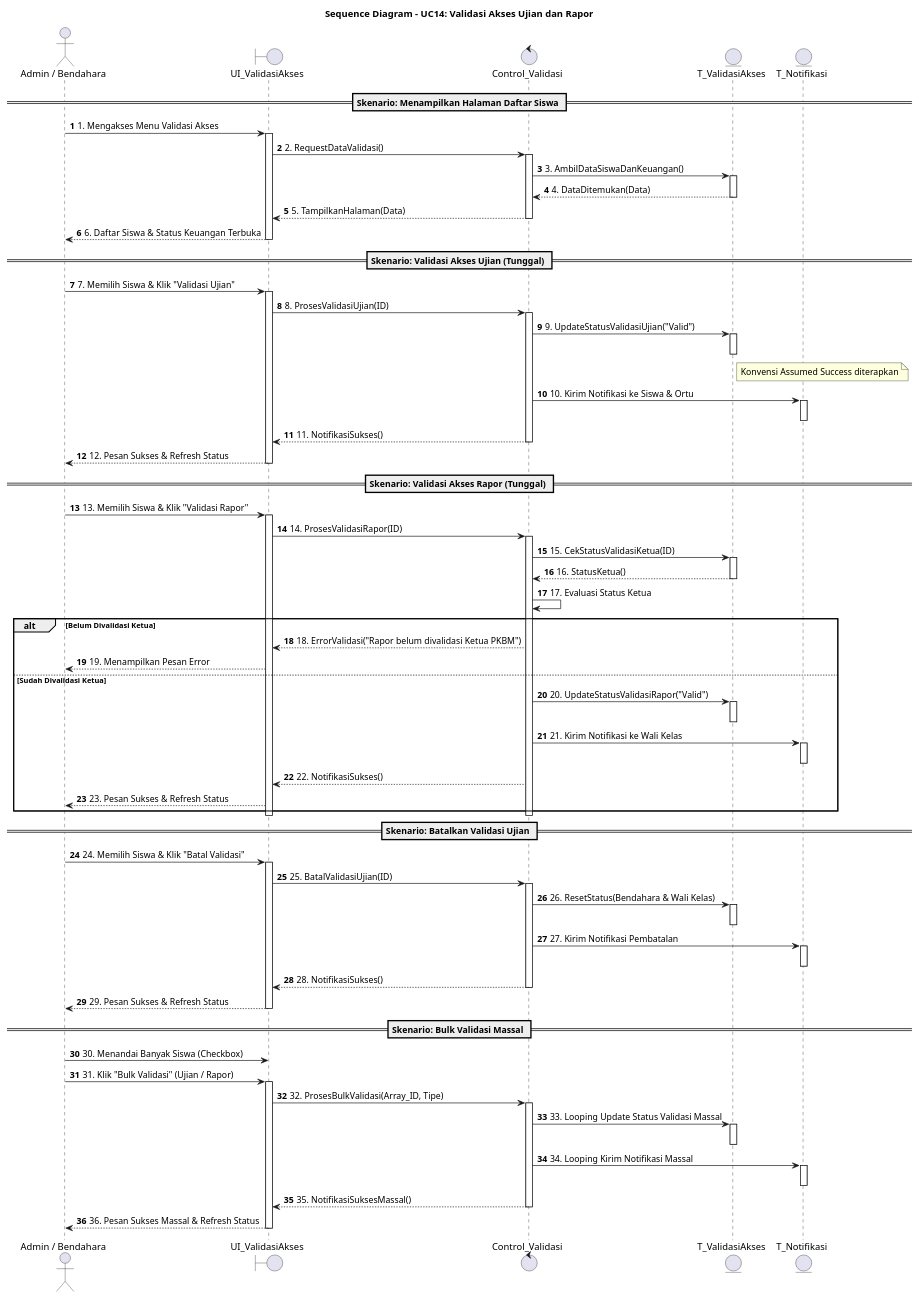
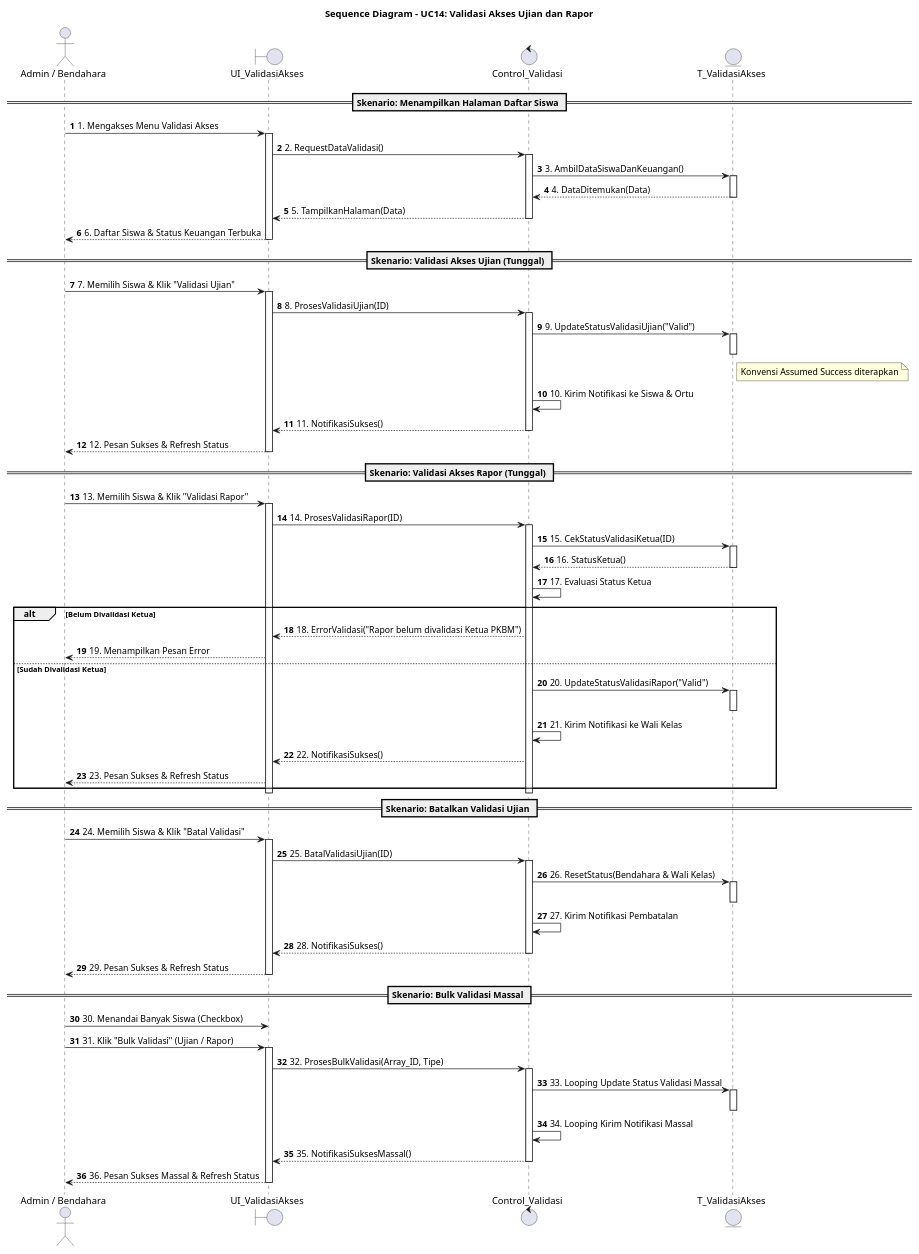
The diagram in docs/flow/sequence-validasi-akses-ujian-rapor.puml (shendelzare7sw/sipaduhok), drawn with PlantUML before and after one commit. The commit also changed 66 other files, not shown here.

```diff
--- a/docs/flow/sequence-validasi-akses-ujian-rapor.puml
+++ b/docs/flow/sequence-validasi-akses-ujian-rapor.puml
@@ -1,119 +1,110 @@
 @startuml
 title Sequence Diagram - UC14: Validasi Akses Ujian dan Rapor
 autonumber
 
 actor "Admin / Bendahara" as Admin
 boundary "UI_ValidasiAkses" as UI
 control "Control_Validasi" as Control
 entity "T_ValidasiAkses" as Entity
-entity "T_Notifikasi" as E_Notif
 
 == Skenario: Menampilkan Halaman Daftar Siswa ==
 
 Admin -> UI : 1. Mengakses Menu Validasi Akses
 activate UI
 UI -> Control : 2. RequestDataValidasi()
 activate Control
 Control -> Entity : 3. AmbilDataSiswaDanKeuangan()
 activate Entity
 Entity --> Control : 4. DataDitemukan(Data)
 deactivate Entity
 Control --> UI : 5. TampilkanHalaman(Data)
 deactivate Control
 UI --> Admin : 6. Daftar Siswa & Status Keuangan Terbuka
 deactivate UI
 
 == Skenario: Validasi Akses Ujian (Tunggal) ==
 
 Admin -> UI : 7. Memilih Siswa & Klik "Validasi Ujian"
 activate UI
 UI -> Control : 8. ProsesValidasiUjian(ID)
 activate Control
 
 Control -> Entity : 9. UpdateStatusValidasiUjian("Valid")
 activate Entity
 deactivate Entity
 note right of Entity : Konvensi Assumed Success diterapkan
 
-Control -> E_Notif : 10. Kirim Notifikasi ke Siswa & Ortu
-activate E_Notif
-deactivate E_Notif
+Control -> Control : 10. Kirim Notifikasi ke Siswa & Ortu
 
 Control --> UI : 11. NotifikasiSukses()
 deactivate Control
 UI --> Admin : 12. Pesan Sukses & Refresh Status
 deactivate UI
 
 == Skenario: Validasi Akses Rapor (Tunggal) ==
 
 Admin -> UI : 13. Memilih Siswa & Klik "Validasi Rapor"
 activate UI
 UI -> Control : 14. ProsesValidasiRapor(ID)
 activate Control
 
 Control -> Entity : 15. CekStatusValidasiKetua(ID)
 activate Entity
 Entity --> Control : 16. StatusKetua()
 deactivate Entity
 
 Control -> Control : 17. Evaluasi Status Ketua
 alt Belum Divalidasi Ketua
     Control --> UI : 18. ErrorValidasi("Rapor belum divalidasi Ketua PKBM")
     UI --> Admin : 19. Menampilkan Pesan Error
 else Sudah Divalidasi Ketua
     Control -> Entity : 20. UpdateStatusValidasiRapor("Valid")
     activate Entity
     deactivate Entity
     
-    Control -> E_Notif : 21. Kirim Notifikasi ke Wali Kelas
-    activate E_Notif
-    deactivate E_Notif
+    Control -> Control : 21. Kirim Notifikasi ke Wali Kelas
     
     Control --> UI : 22. NotifikasiSukses()
     UI --> Admin : 23. Pesan Sukses & Refresh Status
 end
 deactivate Control
 deactivate UI
 
 == Skenario: Batalkan Validasi Ujian ==
 
 Admin -> UI : 24. Memilih Siswa & Klik "Batal Validasi"
 activate UI
 UI -> Control : 25. BatalValidasiUjian(ID)
 activate Control
 
 Control -> Entity : 26. ResetStatus(Bendahara & Wali Kelas)
 activate Entity
 deactivate Entity
 
-Control -> E_Notif : 27. Kirim Notifikasi Pembatalan
-activate E_Notif
-deactivate E_Notif
+Control -> Control : 27. Kirim Notifikasi Pembatalan
 
 Control --> UI : 28. NotifikasiSukses()
 deactivate Control
 UI --> Admin : 29. Pesan Sukses & Refresh Status
 deactivate UI
 
 == Skenario: Bulk Validasi Massal ==
 
 Admin -> UI : 30. Menandai Banyak Siswa (Checkbox)
 Admin -> UI : 31. Klik "Bulk Validasi" (Ujian / Rapor)
 activate UI
 UI -> Control : 32. ProsesBulkValidasi(Array_ID, Tipe)
 activate Control
 
 Control -> Entity : 33. Looping Update Status Validasi Massal
 activate Entity
 deactivate Entity
 
-Control -> E_Notif : 34. Looping Kirim Notifikasi Massal
-activate E_Notif
-deactivate E_Notif
+Control -> Control : 34. Looping Kirim Notifikasi Massal
 
 Control --> UI : 35. NotifikasiSuksesMassal()
 deactivate Control
 UI --> Admin : 36. Pesan Sukses Massal & Refresh Status
 deactivate UI
 
 @enduml
```
